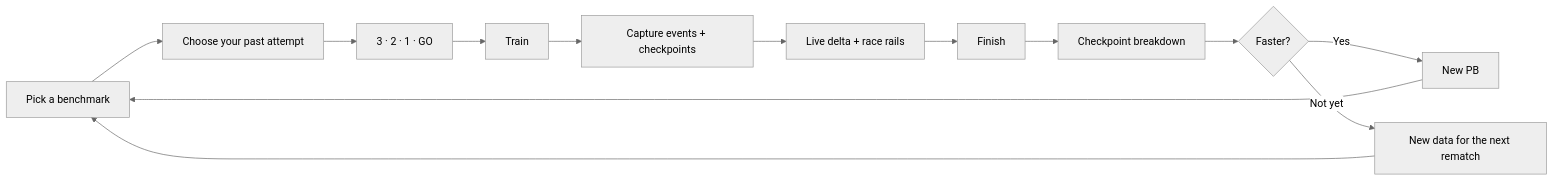
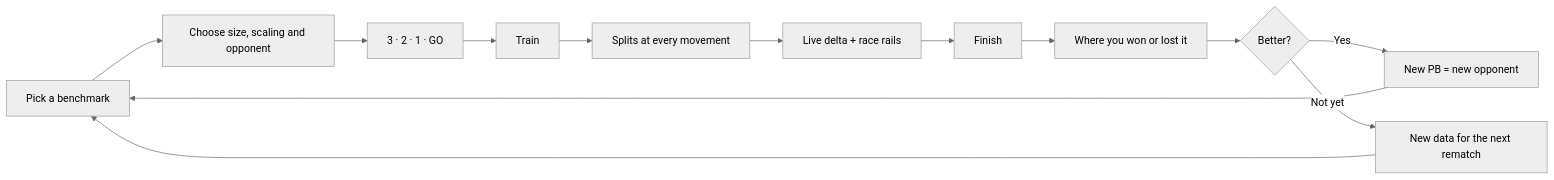
One commit to sdziupin/Rematch changed the first of 2 diagrams in README.md. Above: the diagram before and after it, drawn with Mermaid (neutral theme). The commit also changed other lines of this file and 20 other files, not shown here.

````diff
--- a/README.md
+++ b/README.md
@@ -53,15 +58,15 @@
 ```mermaid
 flowchart LR
-    A["Pick a benchmark"] --> B["Choose your past attempt"]
+    A["Pick a benchmark"] --> B["Choose size, scaling and opponent"]
     B --> C["3 · 2 · 1 · GO"]
     C --> D["Train"]
-    D --> E["Capture events + checkpoints"]
+    D --> E["Splits at every movement"]
     E --> F["Live delta + race rails"]
     F --> G["Finish"]
-    G --> H["Checkpoint breakdown"]
-    H --> I{"Faster?"}
-    I -- Yes --> J["New PB"]
+    G --> H["Where you won or lost it"]
+    H --> I{"Better?"}
+    I -- Yes --> J["New PB = new opponent"]
     I -- Not yet --> K["New data for the next rematch"]
     J --> A
     K --> A
 ```
````
